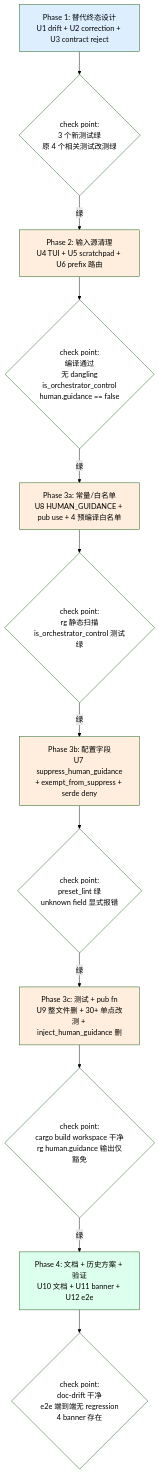
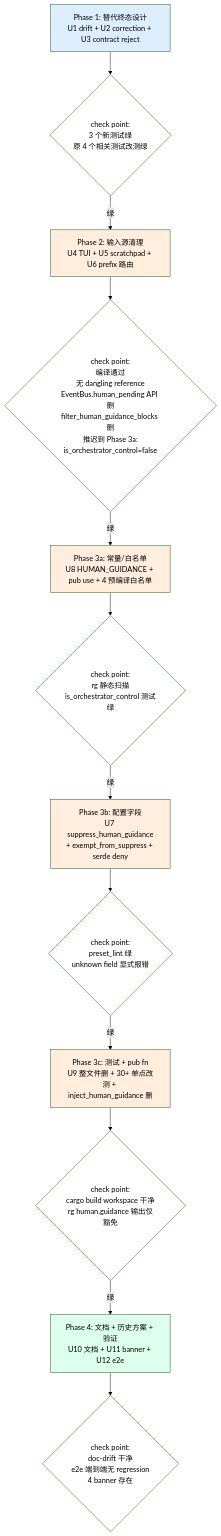
One commit to pittcat/ralph-orchestrator changed the third of 3 diagrams in docs/plans/2026-06-28-005-refactor-remove-human-guidance-topic-plan.md. Above: the diagram before and after it, drawn with Mermaid (forest theme). The commit also changed other lines of this file, not shown here.

First line of the commit message:
docs(plans): 深化 human.guidance topic 剔除计划 - 明细 emit/inbound 分类 + KTD 决策追溯

````diff
--- a/docs/plans/2026-06-28-005-refactor-remove-human-guidance-topic-plan.md
+++ b/docs/plans/2026-06-28-005-refactor-remove-human-guidance-topic-plan.md
@@ -338,26 +382,26 @@
 ```mermaid
 flowchart TD
     P1[Phase 1: 替代终态设计<br/>U1 drift + U2 correction + U3 contract reject] --> P1_CP{check point:<br/>3 个新测试绿<br/>原 4 个相关测试改测绿}
     P1_CP -->|绿| P2[Phase 2: 输入源清理<br/>U4 TUI + U5 scratchpad + U6 prefix 路由]
-    P2 --> P2_CP{check point:<br/>编译通过<br/>无 dangling<br/>is_orchestrator_control<br/>human.guidance == false}
+    P2 --> P2_CP{check point:<br/>编译通过<br/>无 dangling reference<br/>EventBus.human_pending API 删<br/>filter_human_guidance_blocks 删<br/>推迟到 Phase 3a:<br/>is_orchestrator_control=false}
     P2_CP -->|绿| P3A[Phase 3a: 常量/白名单<br/>U8 HUMAN_GUIDANCE + pub use + 4 预编译白名单]
     P3A --> P3A_CP{check point:<br/>rg 静态扫描<br/>is_orchestrator_control 测试绿}
     P3A_CP -->|绿| P3B[Phase 3b: 配置字段<br/>U7 suppress_human_guidance<br/>+ exempt_from_suppress + serde deny]
     P3B --> P3B_CP{check point:<br/>preset_lint 绿<br/>unknown field 显式报错}
     P3B_CP -->|绿| P3C[Phase 3c: 测试 + pub fn<br/>U9 整文件删 + 30+ 单点改测 + inject_human_guidance 删]
     P3C --> P3C_CP{check point:<br/>cargo build workspace 干净<br/>rg human.guidance 输出仅豁免}
     P3C_CP -->|绿| P4[Phase 4: 文档 + 历史方案 + 验证<br/>U10 文档 + U11 banner + U12 e2e]
     P4 --> P4_CP{check point:<br/>doc-drift 干净<br/>e2e 端到端无 regression<br/>4 banner 存在}
     style P1 fill:#def
     style P2 fill:#fed
     style P3A fill:#fed
     style P3B fill:#fed
     style P3C fill:#fed
     style P4 fill:#dfe
     style P1_CP fill:#fff
     style P2_CP fill:#fff
     style P3A_CP fill:#fff
     style P3B_CP fill:#fff
     style P3C_CP fill:#fff
     style P4_CP fill:#fff
 ```
````
